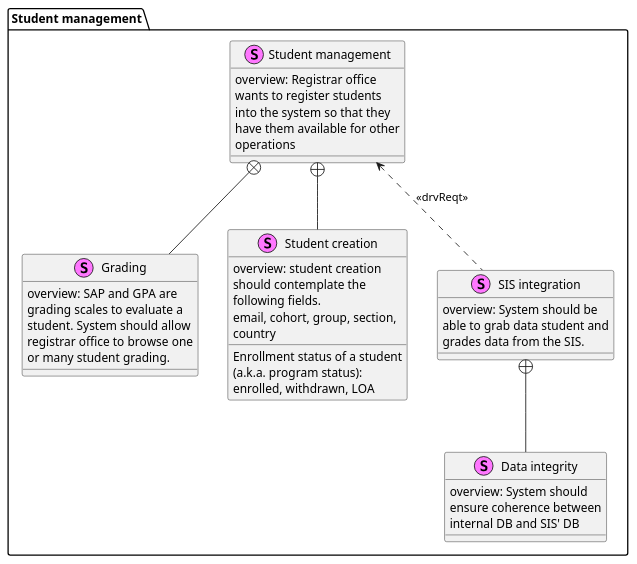
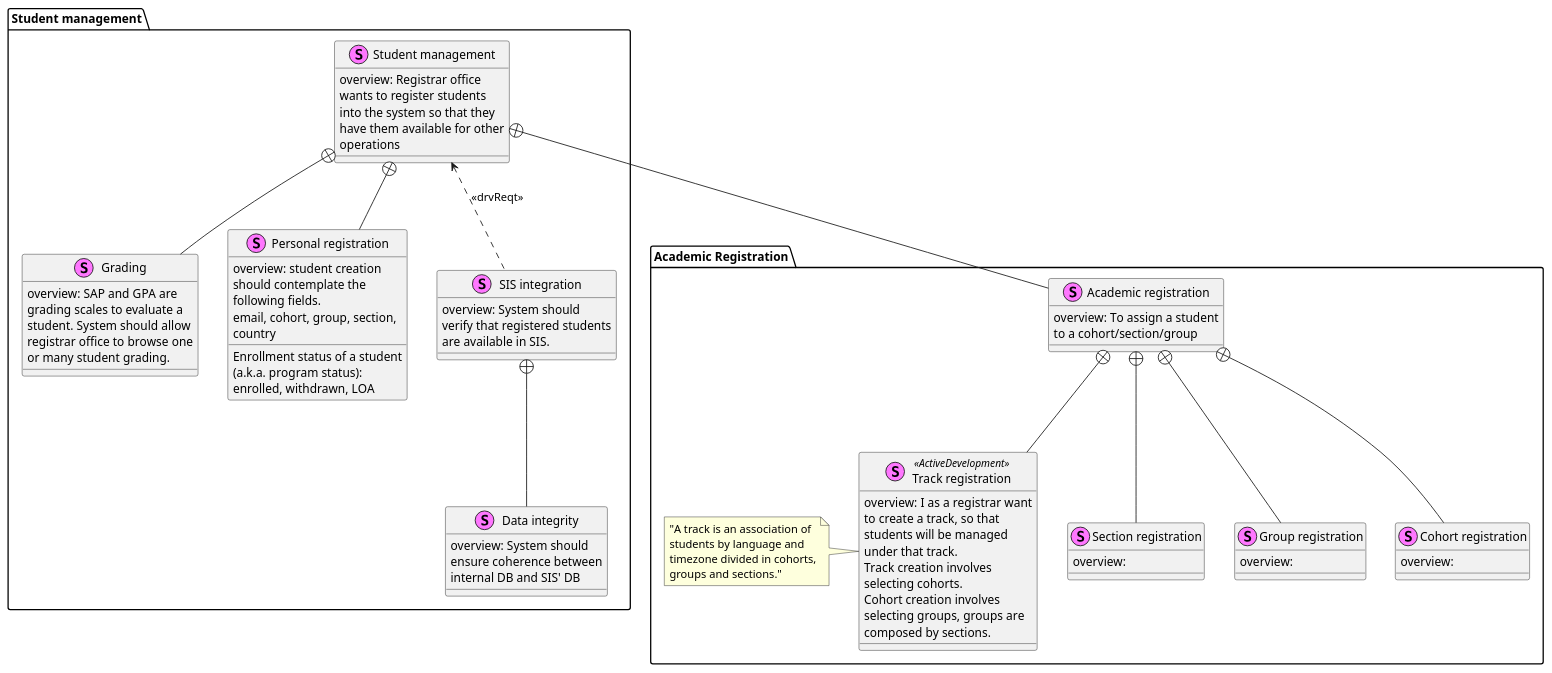
One commit to zrock-dev-backup/kawsay changed the diagram in resources/requirements-diagram/student-management.puml. Above: the diagram before and after it, drawn with PlantUML. The commit also changed 2 other files, not shown here.

Commit message:
chore(requirement-diagram): move academic to academic registration

```diff
--- a/resources/requirements-diagram/student-management.puml
+++ b/resources/requirements-diagram/student-management.puml
@@ -1,33 +1,62 @@
 @startuml
 skinparam wrapwidth 200
 skinparam defaultFontName Helvetica
 
 skinparam class {
     BackgroundColor<<Requirement>> Beige
 }
 
-package "Student management" {
-    stereotype "Grading" AS grading{
+package "Academic Registration" {
+    stereotype "Section registration" AS reg_section {
+        {field} overview:
+    }
+    stereotype "Group registration" AS reg_group {
+        {field} overview:
+    }
+    stereotype "Cohort registration" AS reg_cohort {
+        {field} overview:
+    }
+    stereotype "Track registration" AS reg_track <<ActiveDevelopment>> {
+        {field} overview: I as a registrar want to create a track, so that students will be managed under that track.
+		{field} Track creation involves selecting cohorts.
+		{field} Cohort creation involves selecting groups, groups are composed by sections.
+    }
+	NOTE LEFT OF reg_track
+		"A track is an association of students by language and timezone divided in cohorts, groups and sections."
+	END NOTE
+    stereotype "Academic registration" AS academic_registration {
+        {field} overview: To assign a student to a cohort/section/group
+    }
+	academic_registration +-- reg_track
+	academic_registration +-- reg_group
+	academic_registration +-- reg_section
+	academic_registration +-- reg_cohort
+}
+
+package "Student management" AS pck_student_mgmt{
+    stereotype "Grading" AS grading {
         {field} overview: SAP and GPA are grading scales to evaluate a student. System should allow registrar office to browse one or many student grading.
     }
-    stereotype "Student creation" aS stu_c{
+    stereotype "Personal registration" AS stu_c{
         {field} overview: student creation should contemplate the following fields.
         Enrollment status of a student (a.k.a. program status): enrolled, withdrawn, LOA
         email, cohort, group, section, country
     }
     stereotype "Data integrity" AS sis_integrity {
         {field} overview: System should ensure coherence between internal DB and SIS' DB
     }
     stereotype "SIS integration" as sis {
-        {field} overview: System should be able to grab data student and grades data from the SIS.
+        {field} overview: System should verify that registered students are available in SIS.
     }
     sis +-- sis_integrity
     stereotype "Student management" AS stu_mgmt{
     ' CRUD operations with students.
         {field} overview: Registrar office wants to register students into the system so that they have them available for other operations
     }
     stu_mgmt +-- grading
     stu_mgmt <.. sis: <<drvReqt>>
     stu_mgmt +-- stu_c
+	stu_mgmt +-- academic_registration
 }
+
 @enduml
```
